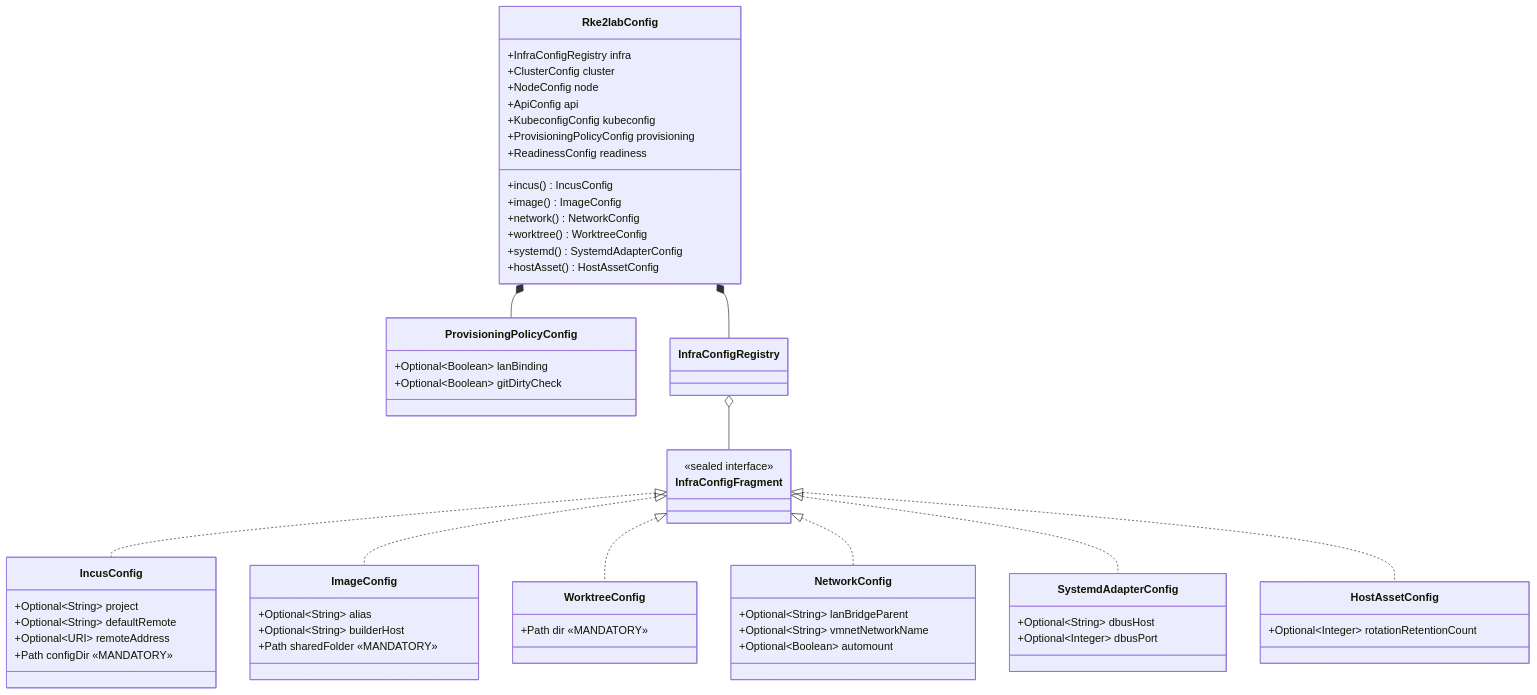
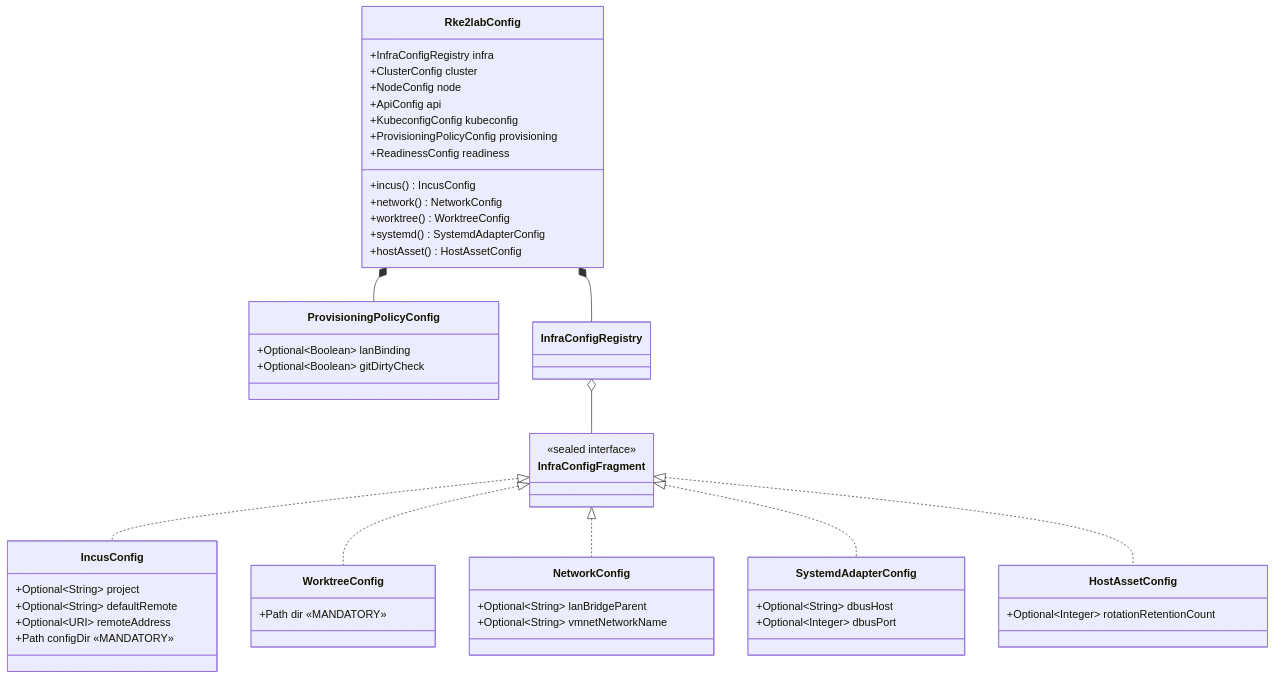
One commit to seedmatic/rke2lab changed the third of 8 diagrams in docs/architecture/config/config-restructuring-spec.adoc. Above: the diagram before and after it, drawn with Mermaid. The commit also changed other lines of this file and 33 other files, not shown here.

```diff
--- a/docs/architecture/config/config-restructuring-spec.adoc
+++ b/docs/architecture/config/config-restructuring-spec.adoc
@@ -187,65 +187,57 @@
 [mermaid]
 ----
 classDiagram
     class Rke2labConfig {
         +InfraConfigRegistry infra
         +ClusterConfig cluster
         +NodeConfig node
         +ApiConfig api
         +KubeconfigConfig kubeconfig
         +ProvisioningPolicyConfig provisioning
         +ReadinessConfig readiness
         +incus() IncusConfig
-        +image() ImageConfig
         +network() NetworkConfig
         +worktree() WorktreeConfig
         +systemd() SystemdAdapterConfig
         +hostAsset() HostAssetConfig
     }
 
     class InfraConfigFragment {
         <<sealed interface>>
     }
 
     class IncusConfig {
         +Optional~String~ project
         +Optional~String~ defaultRemote
         +Optional~URI~ remoteAddress
         +Path configDir  «MANDATORY»
     }
-    class ImageConfig {
-        +Optional~String~ alias
-        +Optional~String~ builderHost
-        +Path sharedFolder  «MANDATORY»
-    }
     class WorktreeConfig {
         +Path dir  «MANDATORY»
     }
     class NetworkConfig {
         +Optional~String~ lanBridgeParent
         +Optional~String~ vmnetNetworkName
-        +Optional~Boolean~ automount
     }
     class SystemdAdapterConfig {
         +Optional~String~ dbusHost
         +Optional~Integer~ dbusPort
     }
     class HostAssetConfig {
         +Optional~Integer~ rotationRetentionCount
     }
 
     class ProvisioningPolicyConfig {
         +Optional~Boolean~ lanBinding
         +Optional~Boolean~ gitDirtyCheck
     }
 
     Rke2labConfig *-- InfraConfigRegistry
     Rke2labConfig *-- ProvisioningPolicyConfig
     InfraConfigRegistry o-- InfraConfigFragment
     InfraConfigFragment <|.. IncusConfig
-    InfraConfigFragment <|.. ImageConfig
     InfraConfigFragment <|.. WorktreeConfig
     InfraConfigFragment <|.. NetworkConfig
     InfraConfigFragment <|.. SystemdAdapterConfig
     InfraConfigFragment <|.. HostAssetConfig
 ----
```
